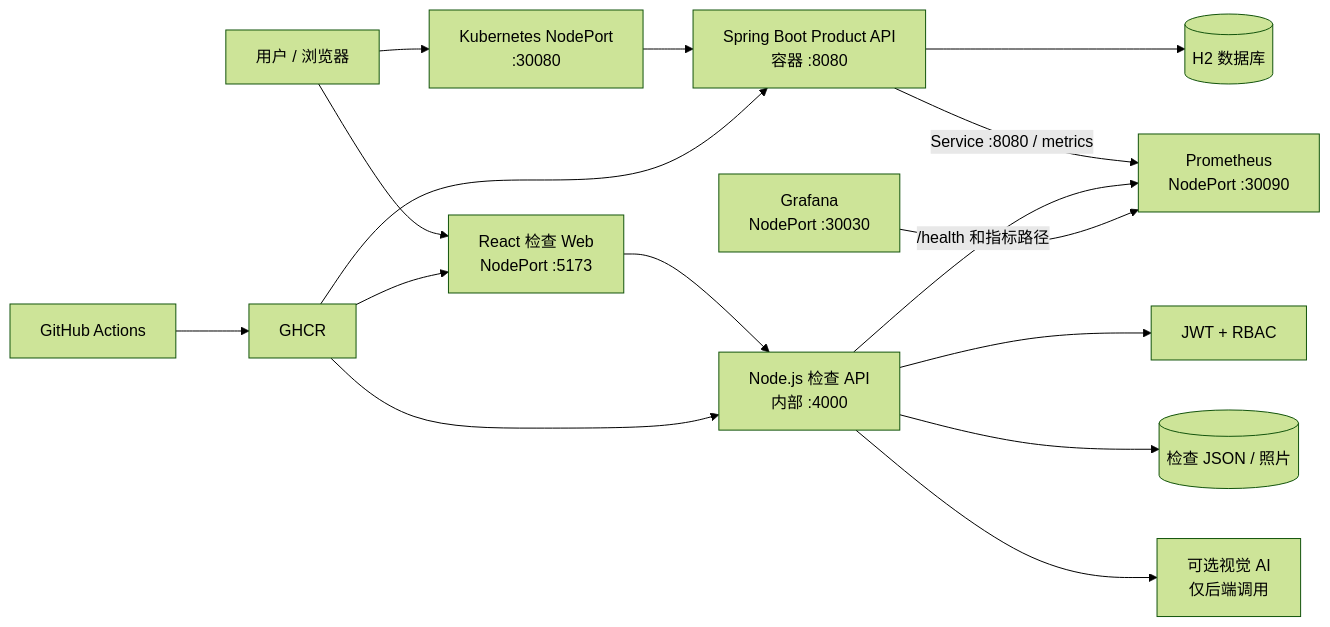
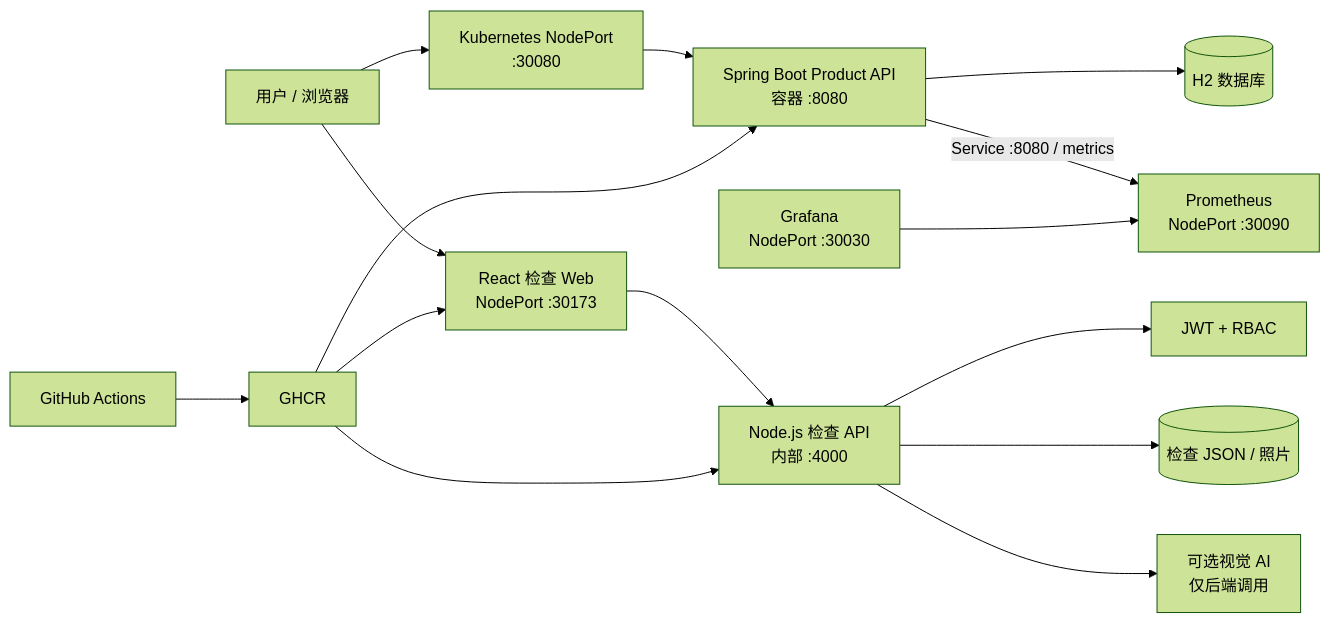
Before and after one commit to ChrisWu365/java-maven-crud-cicd: the diagram in README.zh-CN.md, drawn with Mermaid (forest theme). The commit also changed other lines of this file and 4 other files, not shown here.

````diff
--- a/README.zh-CN.md
+++ b/README.zh-CN.md
@@ -41,18 +41,17 @@
 ```mermaid
 flowchart LR
-    User[用户 / 浏览器] --> Web[React 检查 Web<br/>NodePort :5173]
+    User[用户 / 浏览器] --> Web[React 检查 Web<br/>NodePort :30173]
     Web --> API[Node.js 检查 API<br/>内部 :4000]
     API --> Auth[JWT + RBAC]
     API --> InspectionData[(检查 JSON / 照片)]
     API --> AI[可选视觉 AI<br/>仅后端调用]
     User --> K8s[Kubernetes NodePort<br/>:30080]
     K8s --> App[Spring Boot Product API<br/>容器 :8080]
     App --> H2[(H2 数据库)]
     App -- Service :8080 / metrics --> Prom[Prometheus<br/>NodePort :30090]
-    API -- /health 和指标路径 --> Prom
     Graf[Grafana<br/>NodePort :30030] --> Prom
     CI[GitHub Actions] --> Registry[GHCR]
     Registry --> App
     Registry --> Web
     Registry --> API
 ```
````
